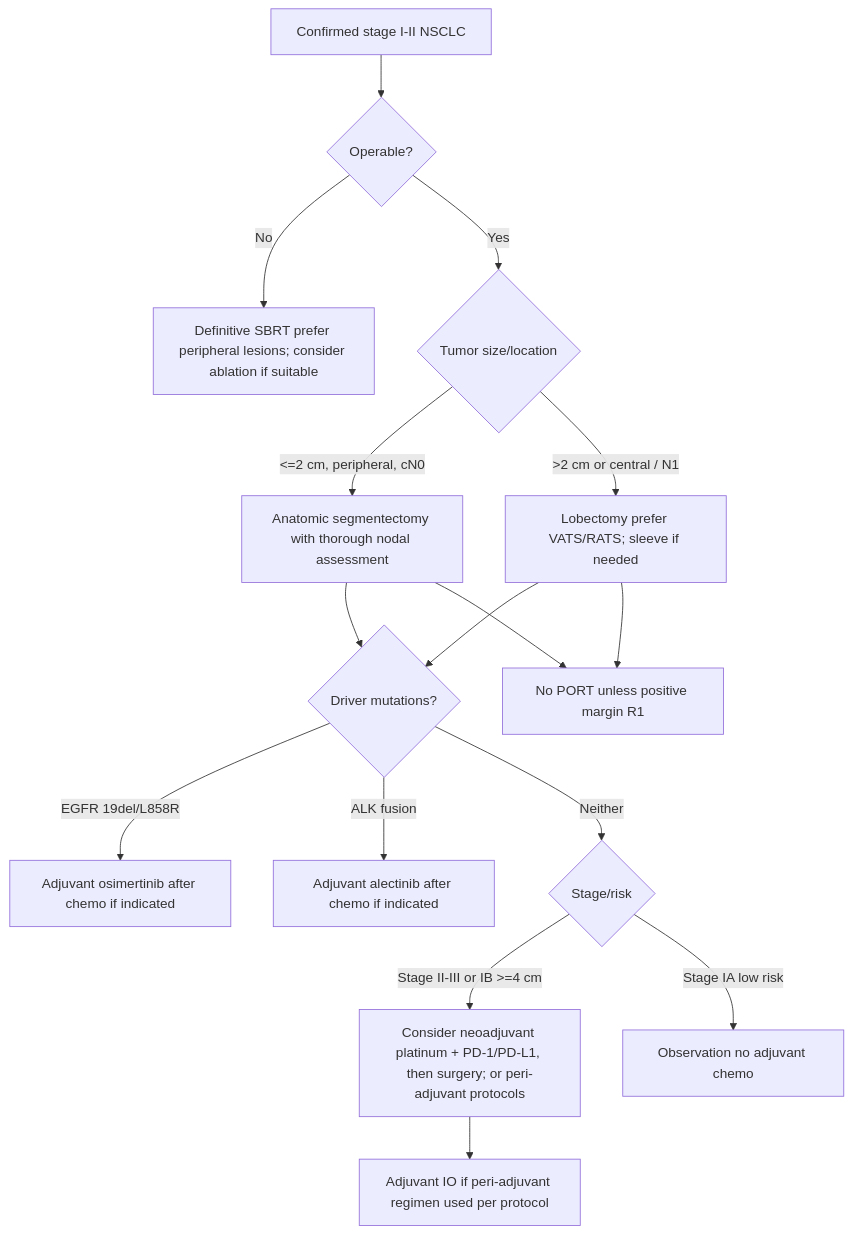
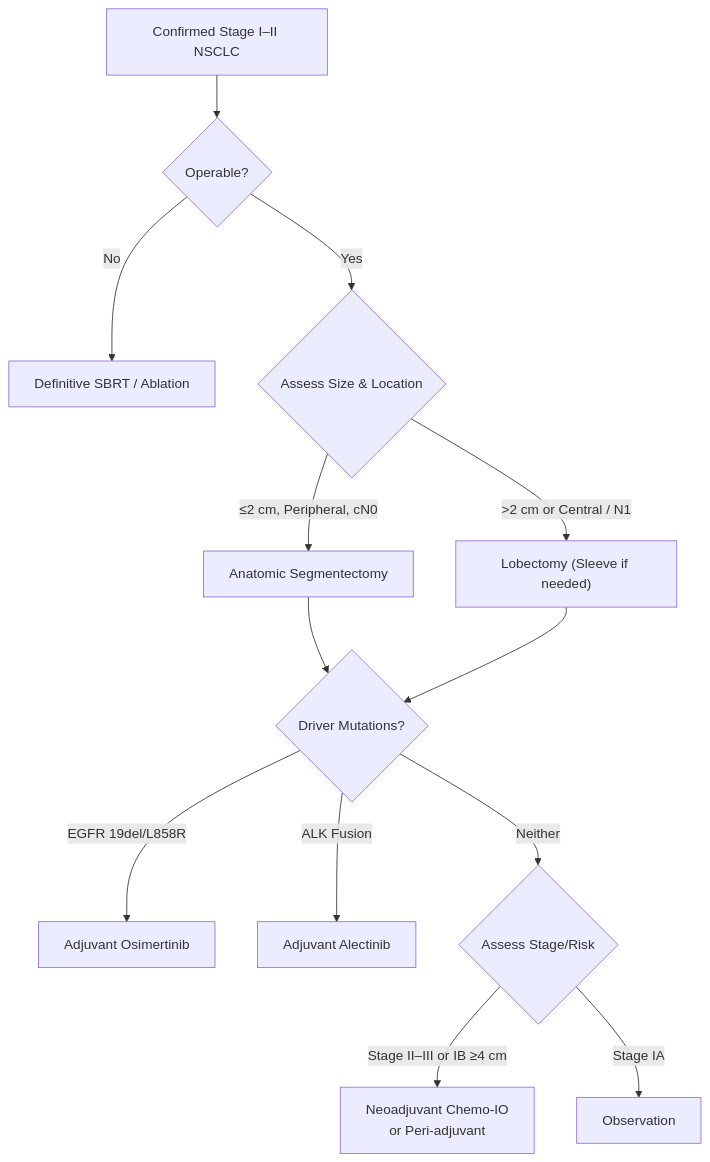
Before and after one commit to russellmiller49/Interventional-Pulm-Education-Project: the first of 2 diagrams in content/modules/board/treatment-options-for-early-stage-lung-cancer.mdx, drawn with Mermaid. The commit also changed other lines of this file and 45 other files, not shown here.

````diff
--- a/content/modules/board/treatment-options-for-early-stage-lung-cancer.mdx
+++ b/content/modules/board/treatment-options-for-early-stage-lung-cancer.mdx
@@ -193,18 +140,16 @@
 ```mermaid
-flowchart TD
-A[Confirmed stage I-II NSCLC] --> B{Operable?}
-B -->|No| SBRT[Definitive SBRT prefer peripheral lesions; consider ablation if suitable]
-B -->|Yes| C{Tumor size/location}
-C -->|&lt;=2 cm, peripheral, cN0| D[Anatomic segmentectomy with thorough nodal assessment]
-C -->|&gt;2 cm or central / N1| E[Lobectomy prefer VATS/RATS; sleeve if needed]
-D --> F{Driver mutations?}
-E --> F
-F -->|EGFR 19del/L858R| G[Adjuvant osimertinib after chemo if indicated]
-F -->|ALK fusion| H[Adjuvant alectinib after chemo if indicated]
-F -->|Neither| I{Stage/risk}
-I -->|Stage II-III or IB &gt;=4 cm| J[Consider neoadjuvant platinum + PD-1/PD-L1, then surgery; or peri-adjuvant protocols]
-I -->|Stage IA low risk| K[Observation no adjuvant chemo]
-J --> L[Adjuvant IO if peri-adjuvant regimen used per protocol]
-E --> M[No PORT unless positive margin R1]
-D --> M
+graph TD
+        A["Confirmed Stage I–II NSCLC"] --> B{"Operable?"}
+        B -- No --> C["Definitive SBRT / Ablation"]
+        B -- Yes --> D{"Assess Size & Location"}
+        D -- "≤2 cm, Peripheral, cN0" --> E["Anatomic Segmentectomy"]
+        D -- ">2 cm or Central / N1" --> F["Lobectomy (Sleeve if needed)"]
+        E --> G{"Driver Mutations?"}
+        F --> G
+        G -- "EGFR 19del/L858R" --> H["Adjuvant Osimertinib"]
+        G -- "ALK Fusion" --> I["Adjuvant Alectinib"]
+        G -- "Neither" --> J{"Assess Stage/Risk"}
+        J -- "Stage II–III or IB ≥4 cm" --> K["Neoadjuvant Chemo-IO
+or Peri-adjuvant"]
+        J -- "Stage IA" --> L["Observation"]
 ```
````
